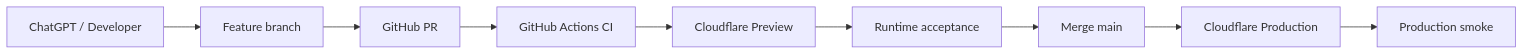
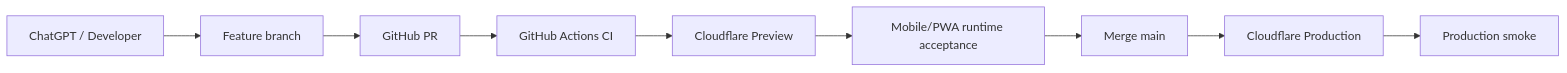
One commit to kaerogroup/rembayung-access changed the second of 2 diagrams in docs/ARCHITECTURE.md. Above: the diagram before and after it, drawn with Mermaid. The commit also changed other lines of this file, not shown here.

Commit message:
docs(architecture): define mobile-first PWA baseline

````diff
--- a/docs/ARCHITECTURE.md
+++ b/docs/ARCHITECTURE.md
@@ -61,11 +98,11 @@
 ```mermaid
 flowchart LR
   DEV[ChatGPT / Developer] --> BR[Feature branch]
   BR --> PR[GitHub PR]
   PR --> CI[GitHub Actions CI]
   CI --> PRE[Cloudflare Preview]
-  PRE --> ACCEPT[Runtime acceptance]
-  ACCEPT --> MAIN[Merge main]
+  PRE --> MOBILE[Mobile/PWA runtime acceptance]
+  MOBILE --> MAIN[Merge main]
   MAIN --> PROD[Cloudflare Production]
   PROD --> SMOKE[Production smoke]
 ```
````
